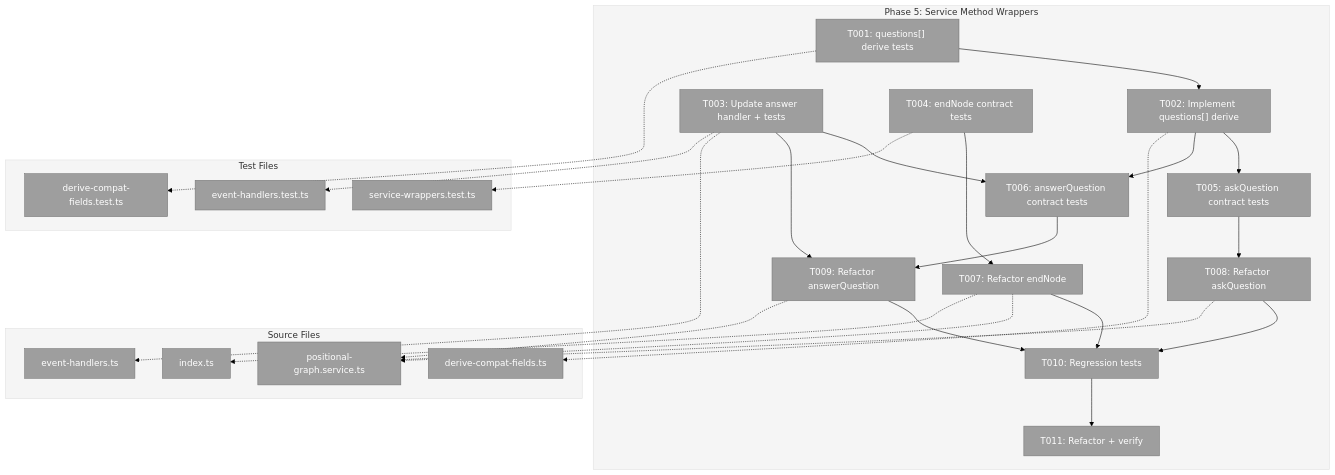
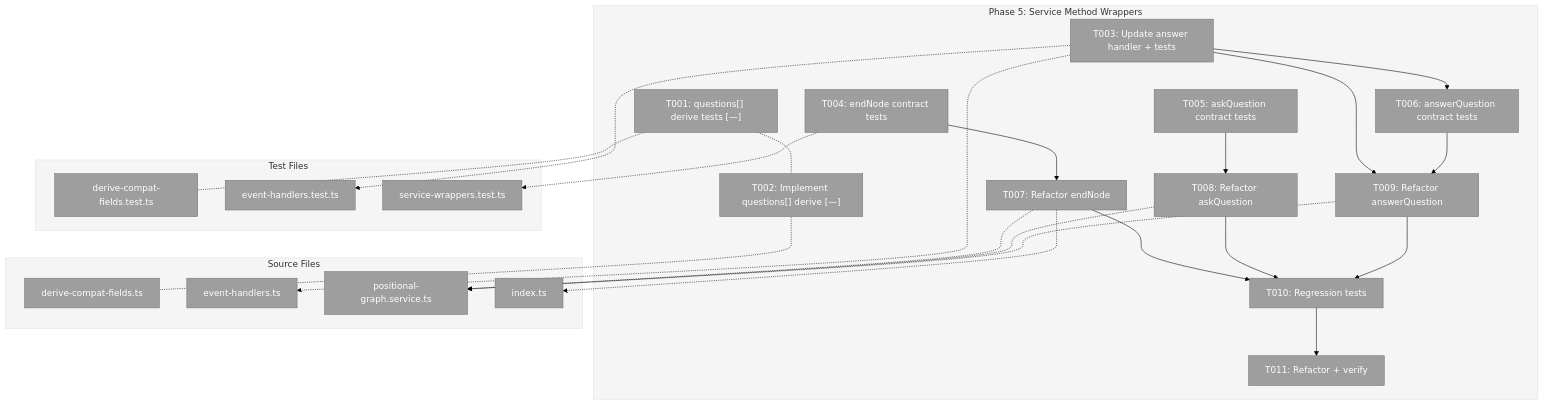
The diagram in docs/plans/032-node-event-system/tasks/phase-5-service-method-wrappers/tasks.md (AI-Substrate/chainglass), drawn with Mermaid (forest theme) before and after one commit. The commit also changed other lines of this file and 10 other files, not shown here.

````diff
--- a/docs/plans/032-node-event-system/tasks/phase-5-service-method-wrappers/tasks.md
+++ b/docs/plans/032-node-event-system/tasks/phase-5-service-method-wrappers/tasks.md
@@ -132,61 +130,59 @@
 ```mermaid
 flowchart TD
     classDef pending fill:#9E9E9E,stroke:#757575,color:#fff
     classDef inprogress fill:#FF9800,stroke:#F57C00,color:#fff
     classDef completed fill:#4CAF50,stroke:#388E3C,color:#fff
     classDef blocked fill:#F44336,stroke:#D32F2F,color:#fff
 
     style Phase fill:#F5F5F5,stroke:#E0E0E0
     style Source fill:#F5F5F5,stroke:#E0E0E0
     style Tests fill:#F5F5F5,stroke:#E0E0E0
 
     subgraph Phase["Phase 5: Service Method Wrappers"]
-        T001["T001: questions[] derive tests"]:::pending
-        T002["T002: Implement questions[] derive"]:::pending
+        T001["T001: questions[] derive tests [—]"]:::pending
+        T002["T002: Implement questions[] derive [—]"]:::pending
         T003["T003: Update answer handler + tests"]:::pending
         T004["T004: endNode contract tests"]:::pending
         T005["T005: askQuestion contract tests"]:::pending
         T006["T006: answerQuestion contract tests"]:::pending
         T007["T007: Refactor endNode"]:::pending
         T008["T008: Refactor askQuestion"]:::pending
         T009["T009: Refactor answerQuestion"]:::pending
         T010["T010: Regression tests"]:::pending
         T011["T011: Refactor + verify"]:::pending
 
-        T001 --> T002
-        T002 --> T005
-        T002 --> T006
+        T001 -.- T002
         T003 --> T006
         T003 --> T009
         T004 --> T007
         T005 --> T008
         T006 --> T009
         T007 --> T010
         T008 --> T010
         T009 --> T010
         T010 --> T011
     end
 
     subgraph Source["Source Files"]
         F1["derive-compat-fields.ts"]:::pending
         F2["event-handlers.ts"]:::pending
         F3["positional-graph.service.ts"]:::pending
         F4["index.ts"]:::pending
     end
 
     subgraph Tests["Test Files"]
         FT1["derive-compat-fields.test.ts"]:::pending
         FT2["event-handlers.test.ts"]:::pending
         FT3["service-wrappers.test.ts"]:::pending
     end
 
-    T002 -.-> F1
+    T002 -.- F1
     T003 -.-> F2
     T007 -.-> F3
     T008 -.-> F3
     T009 -.-> F3
     T007 -.-> F4
-    T001 -.-> FT1
+    T001 -.- FT1
     T003 -.-> FT2
     T004 -.-> FT3
 ```
````
